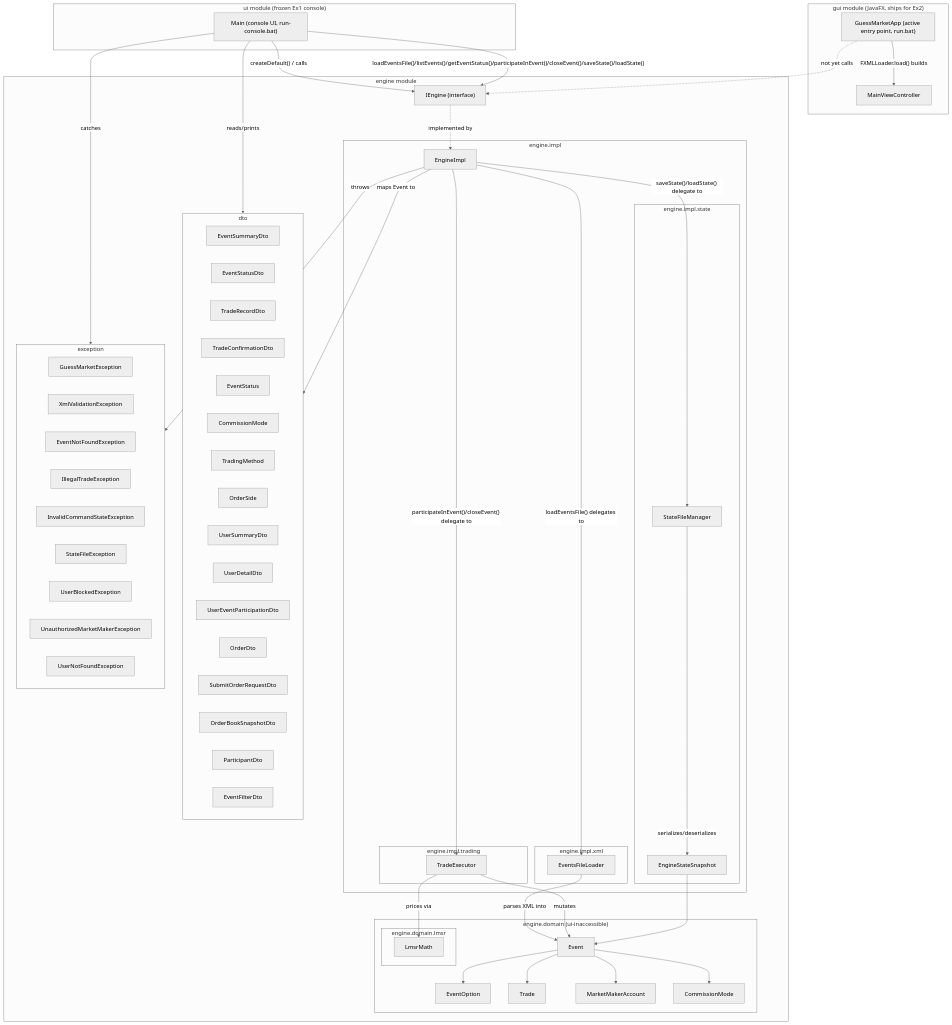
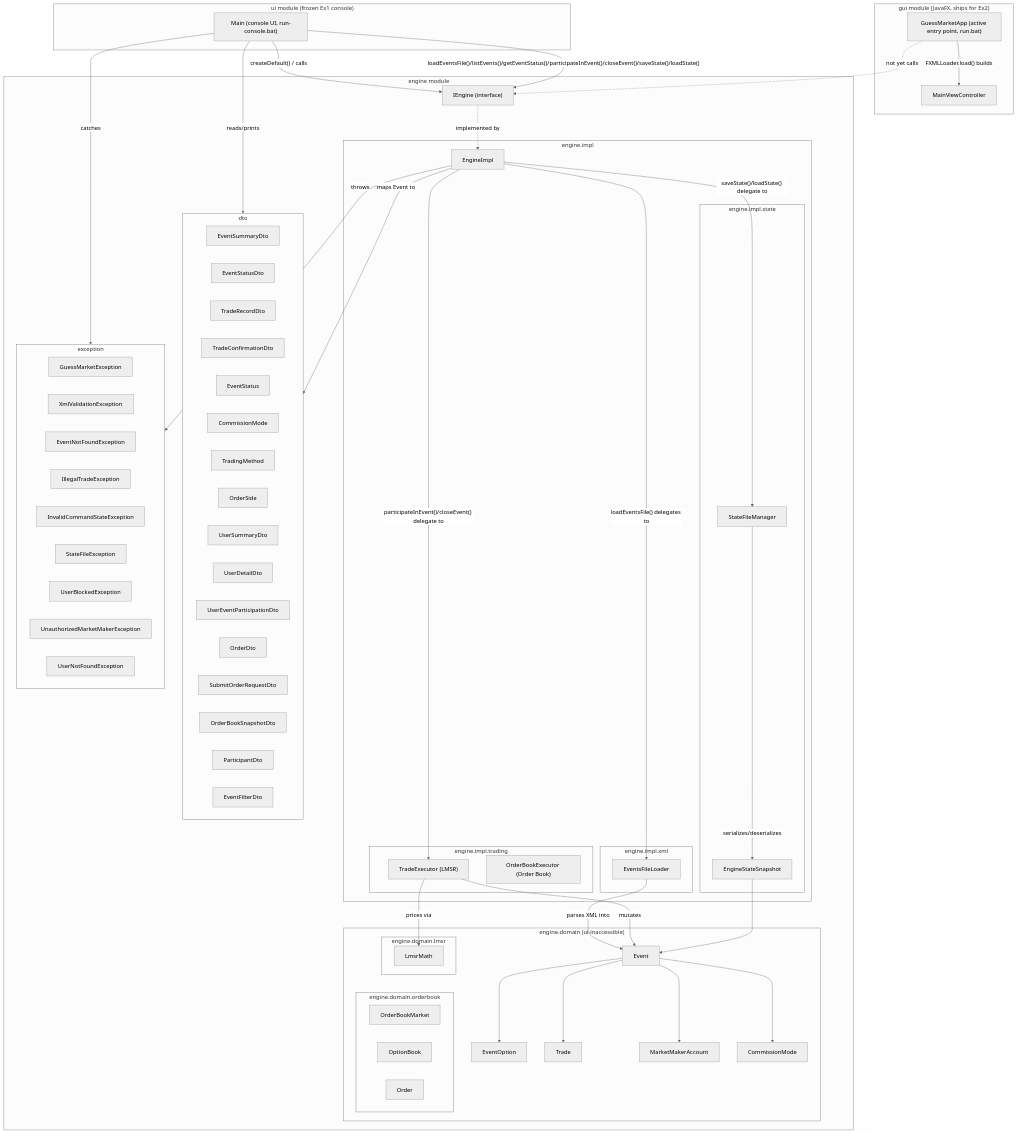
The diagram in ARCHITECTURE.md (paz-levi/GuessMarket), drawn with Mermaid (neutral theme) before and after one commit. The commit also changed other lines of this file and 15 other files, not shown here.

Commit message:
Implement Order Book core: parsing, OB-aware openEvent, price-time-priority matching, holdings, commission; participateInEvent OB guard; status-gated action controls

```diff
--- a/ARCHITECTURE.md
+++ b/ARCHITECTURE.md
@@ -23,7 +23,8 @@
                 EventsFileLoader["EventsFileLoader"]
             end
             subgraph TRADING["engine.impl.trading"]
-                TradeExecutor["TradeExecutor"]
+                TradeExecutor["TradeExecutor (LMSR)"]
+                OrderBookExecutor["OrderBookExecutor (Order Book)"]
             end
             subgraph STATE["engine.impl.state"]
                 StateFileManager["StateFileManager"]
@@ -39,6 +40,11 @@
             CommissionMode["CommissionMode"]
             subgraph LMSR["engine.domain.lmsr"]
                 LmsrMath["LmsrMath"]
+            end
+            subgraph OB["engine.domain.orderbook"]
+                OrderBookMarket["OrderBookMarket"]
+                OptionBook["OptionBook"]
+                Order["Order"]
             end
         end
 
```
